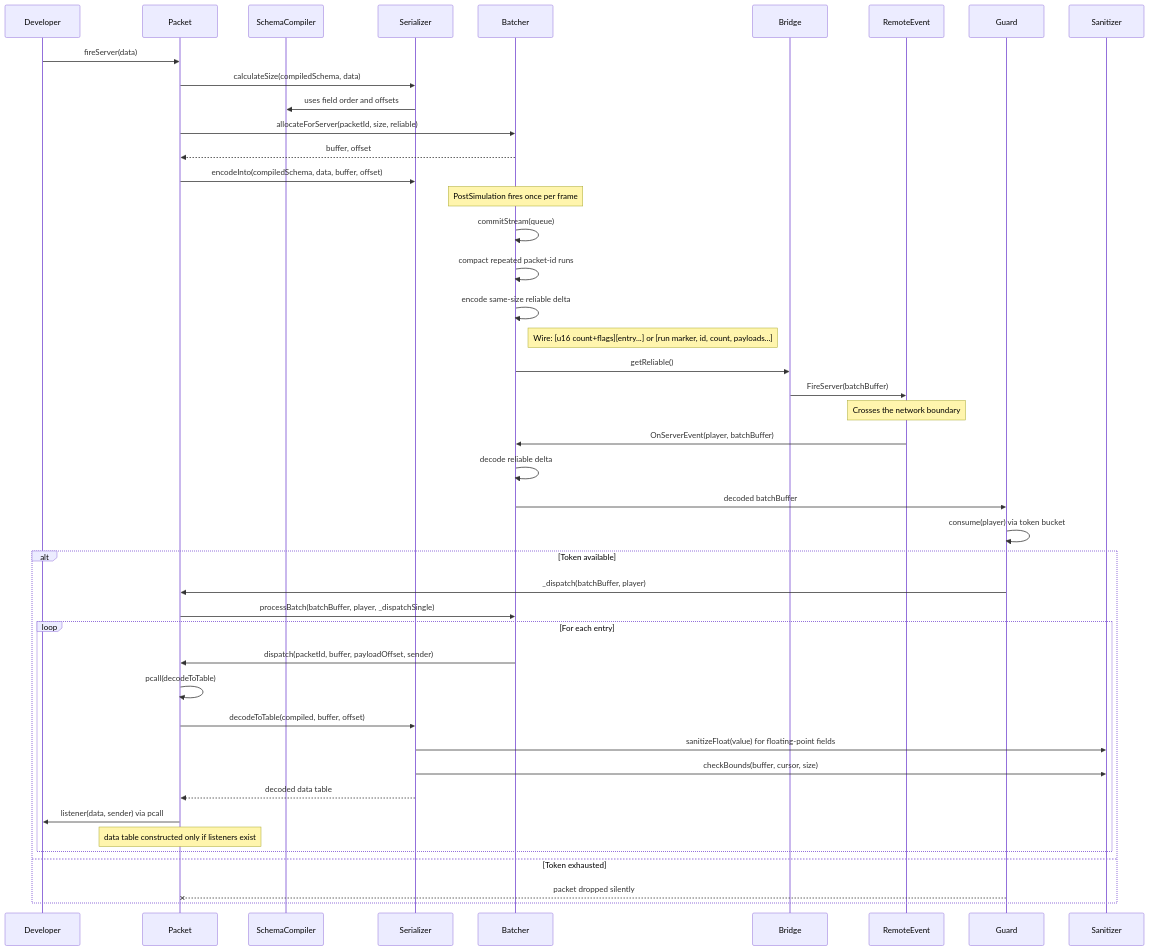
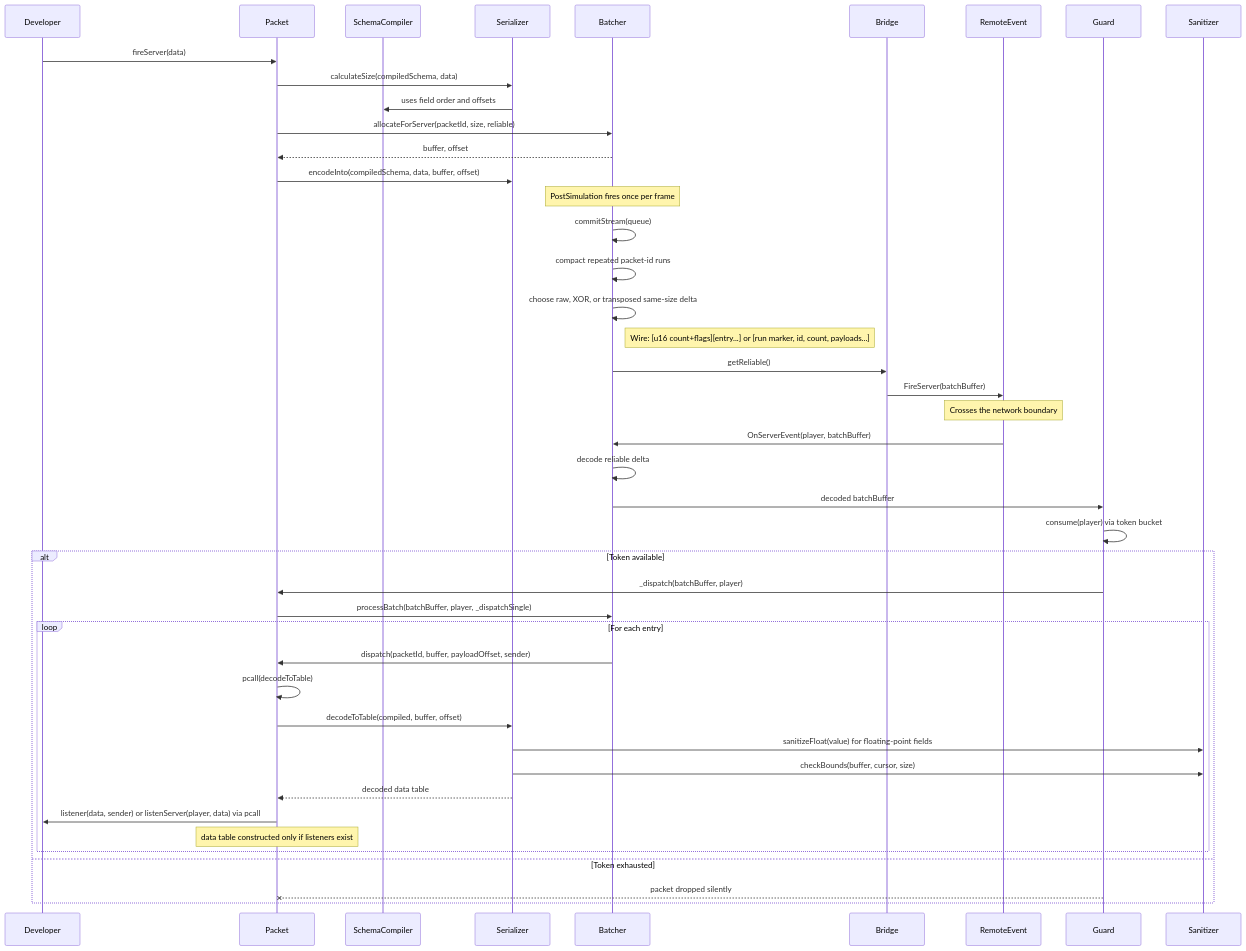
One commit to bookek/satset changed the first of 2 diagrams in docs/guide/architecture.md. Above: the diagram before and after it, drawn with Mermaid. The commit also changed other lines of this file and 97 other files, not shown here.

````diff
--- a/docs/guide/architecture.md
+++ b/docs/guide/architecture.md
@@ -22,51 +26,51 @@
 ```mermaid
 sequenceDiagram
     participant Dev as Developer
     participant PK as Packet
     participant SC as SchemaCompiler
     participant SR as Serializer
     participant BT as Batcher
     participant BR as Bridge
     participant RE as RemoteEvent
     participant GD as Guard
     participant SN as Sanitizer
 
     Dev->>PK: fireServer(data)
     PK->>SR: calculateSize(compiledSchema, data)
     SR->>SC: uses field order and offsets
     PK->>BT: allocateForServer(packetId, size, reliable)
     BT-->>PK: buffer, offset
     PK->>SR: encodeInto(compiledSchema, data, buffer, offset)
 
     Note over BT: PostSimulation fires once per frame
 
     BT->>BT: commitStream(queue)
     BT->>BT: compact repeated packet-id runs
-    BT->>BT: encode same-size reliable delta
+    BT->>BT: choose raw, XOR, or transposed same-size delta
     Note right of BT: Wire: [u16 count+flags][entry...] or [run marker, id, count, payloads...]
     BT->>BR: getReliable()
     BR->>RE: FireServer(batchBuffer)
 
     Note over RE: Crosses the network boundary
 
     RE->>BT: OnServerEvent(player, batchBuffer)
     BT->>BT: decode reliable delta
     BT->>GD: decoded batchBuffer
     GD->>GD: consume(player) via token bucket
     alt Token available
         GD->>PK: _dispatch(batchBuffer, player)
         PK->>BT: processBatch(batchBuffer, player, _dispatchSingle)
         loop For each entry
             BT->>PK: dispatch(packetId, buffer, payloadOffset, sender)
             PK->>PK: pcall(decodeToTable)
             PK->>SR: decodeToTable(compiled, buffer, offset)
             SR->>SN: sanitizeFloat(value) for floating-point fields
             SR->>SN: checkBounds(buffer, cursor, size)
             SR-->>PK: decoded data table
-            PK->>Dev: listener(data, sender) via pcall
+            PK->>Dev: listener(data, sender) or listenServer(player, data) via pcall
             Note over PK: data table constructed only if listeners exist
         end
     else Token exhausted
         GD--xPK: packet dropped silently
     end
 ```
````
